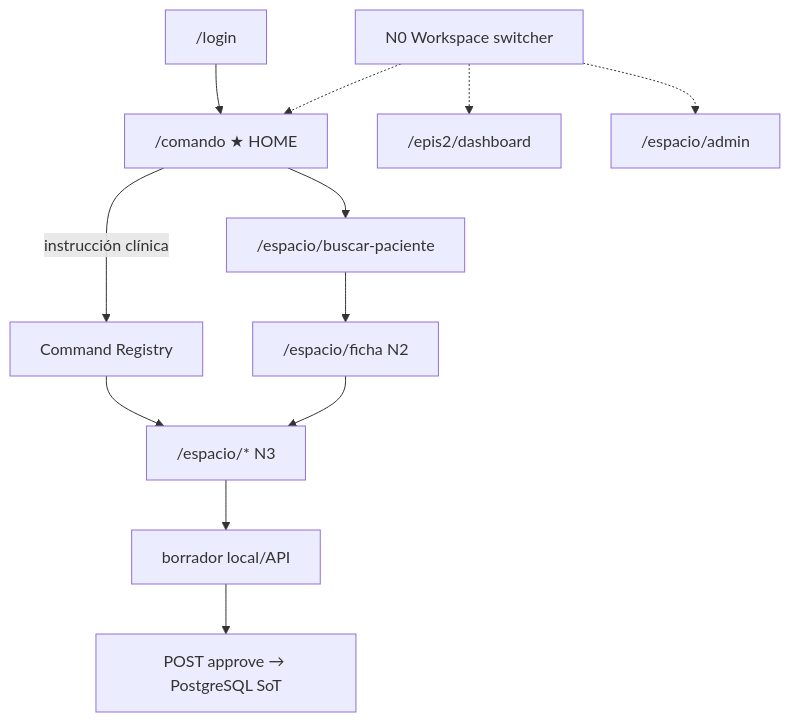
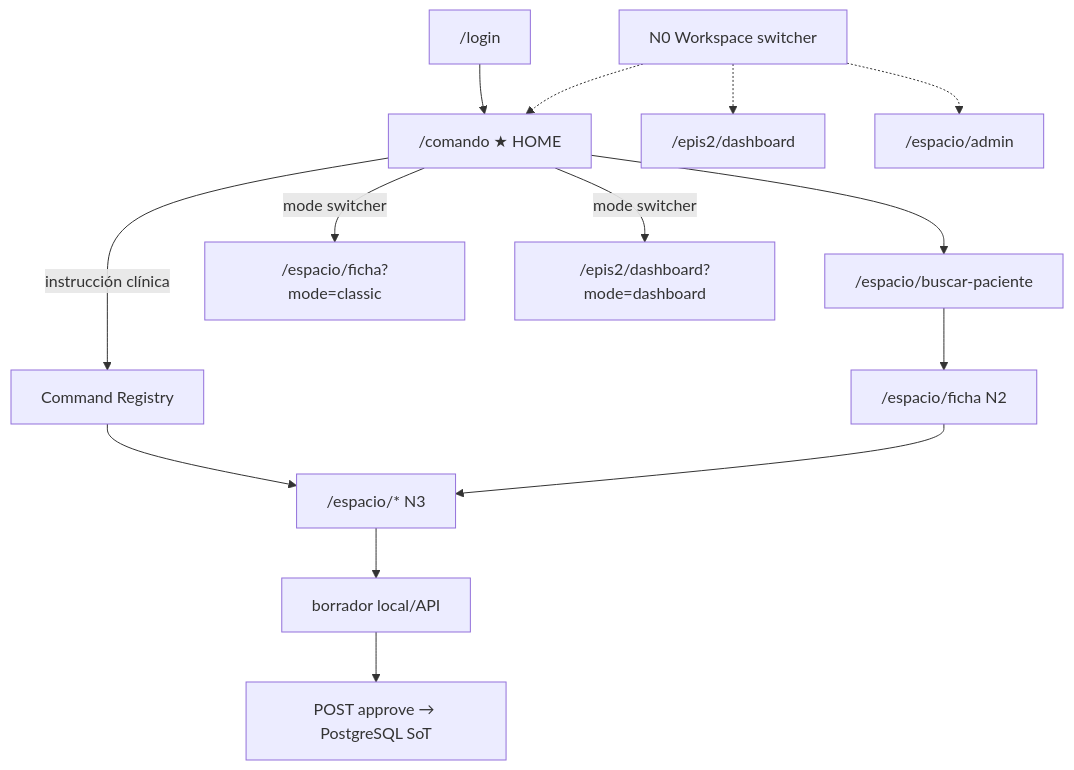
Before and after one commit to gabriel2320/epis2: the diagram in docs/architecture/EPIS2_RECONCILED_NAVIGATION_TREE.md, drawn with Mermaid. The commit also changed other lines of this file and 149 other files, not shown here.

First line of the commit message:
feat(web): three modes MD3 — command, classic, dashboard orchestration

````diff
--- a/docs/architecture/EPIS2_RECONCILED_NAVIGATION_TREE.md
+++ b/docs/architecture/EPIS2_RECONCILED_NAVIGATION_TREE.md
@@ -124,14 +128,16 @@
 ```mermaid
 flowchart TD
   Login["/login"] --> Comando["/comando ★ HOME"]
   Comando -->|"instrucción clínica"| Intent[Command Registry]
   Intent --> Form["/espacio/* N3"]
   Comando --> Buscar["/espacio/buscar-paciente"]
   Buscar --> Ficha["/espacio/ficha N2"]
   Ficha --> Form
   Form --> Draft["borrador local/API"]
   Draft --> Approve["POST approve → PostgreSQL SoT"]
   Rail["N0 Workspace switcher"] -.-> Comando
   Rail -.-> Tablero["/epis2/dashboard"]
+  Comando -->|"mode switcher"| Classic["/espacio/ficha?mode=classic"]
+  Comando -->|"mode switcher"| DashMd3["/epis2/dashboard?mode=dashboard"]
   Rail -.-> Admin["/espacio/admin"]
 ```
````
